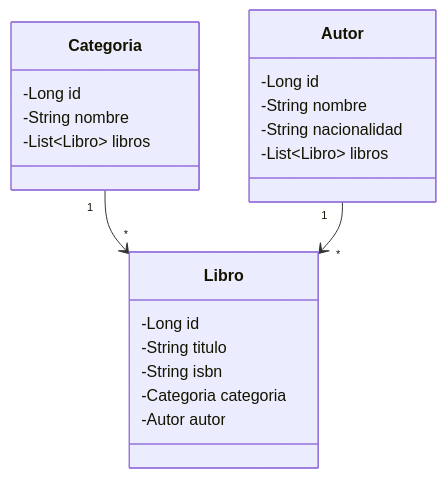
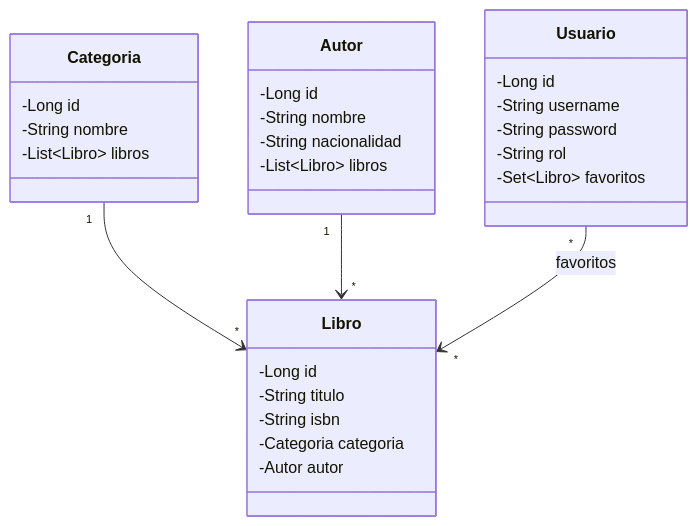
Before and after one commit to CesarX55/PROYECTO-IMPLEMENTACION: the second of 2 diagrams in README.md, drawn with Mermaid. The commit also changed other lines of this file and 16 other files, not shown here.

````diff
--- a/README.md
+++ b/README.md
@@ -75,23 +106,31 @@
 ```mermaid
 classDiagram
     class Categoria {
         -Long id
         -String nombre
         -List~Libro~ libros
     }
     class Autor {
         -Long id
         -String nombre
         -String nacionalidad
         -List~Libro~ libros
     }
     class Libro {
         -Long id
         -String titulo
         -String isbn
         -Categoria categoria
         -Autor autor
     }
+    class Usuario {
+        -Long id
+        -String username
+        -String password
+        -String rol
+        -Set~Libro~ favoritos
+    }
     Categoria "1" --> "*" Libro
     Autor "1" --> "*" Libro
+    Usuario "*" --> "*" Libro : favoritos
 ```
````
